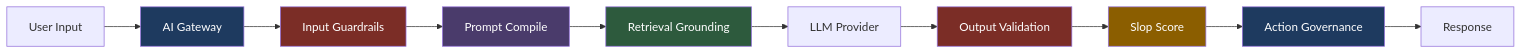
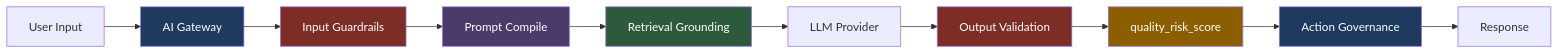
One commit to MANIGAAA27/agentguard changed the diagram in README.md. Above: the diagram before and after it, drawn with Mermaid. The commit also changed other lines of this file and 16 other files, not shown here.

First line of the commit message:
release: v0.1.7 — in-process FastAPI, quality_risk_score, PyPI workflow

````diff
--- a/README.md
+++ b/README.md
@@ -83,20 +90,20 @@
 ```mermaid
 flowchart LR
     A[User Input] --> B[AI Gateway]
     B --> C[Input Guardrails]
     C --> D[Prompt Compile]
     D --> E[Retrieval Grounding]
     E --> F[LLM Provider]
     F --> G[Output Validation]
-    G --> H[Slop Score]
+    G --> H[quality_risk_score]
     H --> I[Action Governance]
     I --> J[Response]
 
     style B fill:#1e3a5f,color:#fff
     style C fill:#7b2d26,color:#fff
     style D fill:#4a3b6b,color:#fff
     style E fill:#2d5a3d,color:#fff
     style G fill:#7b2d26,color:#fff
     style H fill:#8b5e00,color:#fff
     style I fill:#1e3a5f,color:#fff
 ```
````
